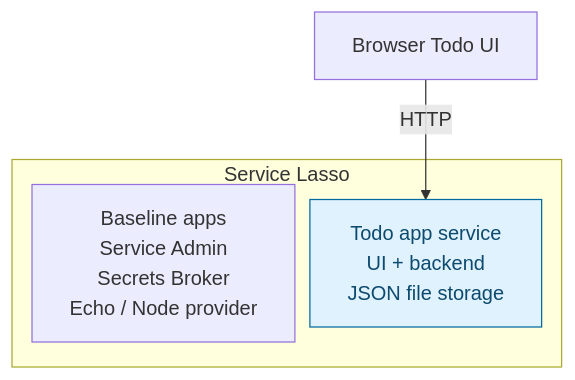
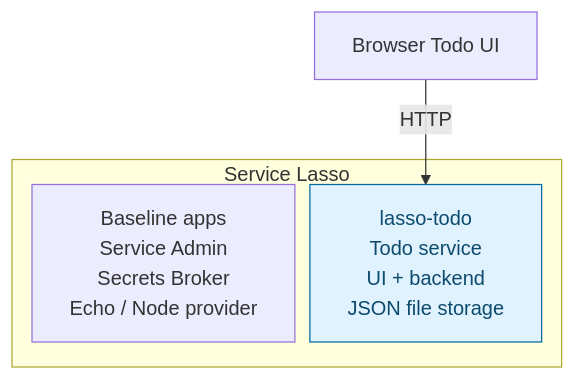
Before and after one commit to service-lasso/service-lasso: the diagram in docs/getting-started/beginner-todo-app.md, drawn with Mermaid. The commit also changed other lines of this file and 20 other files, not shown here.

Commit message:
docs: teach template-derived packaged Todo service consumers

````diff
--- a/docs/getting-started/beginner-todo-app.md
+++ b/docs/getting-started/beginner-todo-app.md
@@ -20,14 +20,14 @@
 ```mermaid
 %%{init: {"flowchart": {"nodeSpacing": 12, "rankSpacing": 40}}}%%
 flowchart TB
   accTitle: Stage 1: Add a managed Todo app
   accDescr: Service Lasso manages the Todo app from stage one alongside baseline apps. Stage two adds PostgreSQL. Stage three adds a Go API between the Todo service and database. JSON storage belongs to the Todo service and is not a separate service.
   browser["Browser Todo UI"]
   subgraph lasso["Service Lasso"]
     baseline["Baseline apps<br/>Service Admin<br/>Secrets Broker<br/>Echo / Node provider"]
-    todo["Todo app service<br/>UI + backend<br/>JSON file storage"]
+    todo["lasso-todo<br/>Todo service<br/>UI + backend<br/>JSON file storage"]
   end
   browser -->|HTTP| todo
   classDef added fill:#e0f2fe,stroke:#0369a1,color:#0c4a6e
   class todo added
 ```
````
